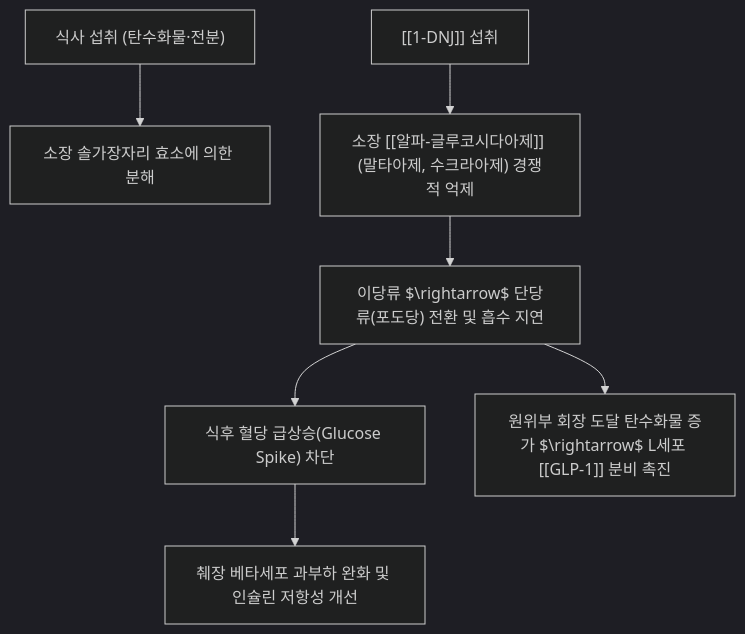
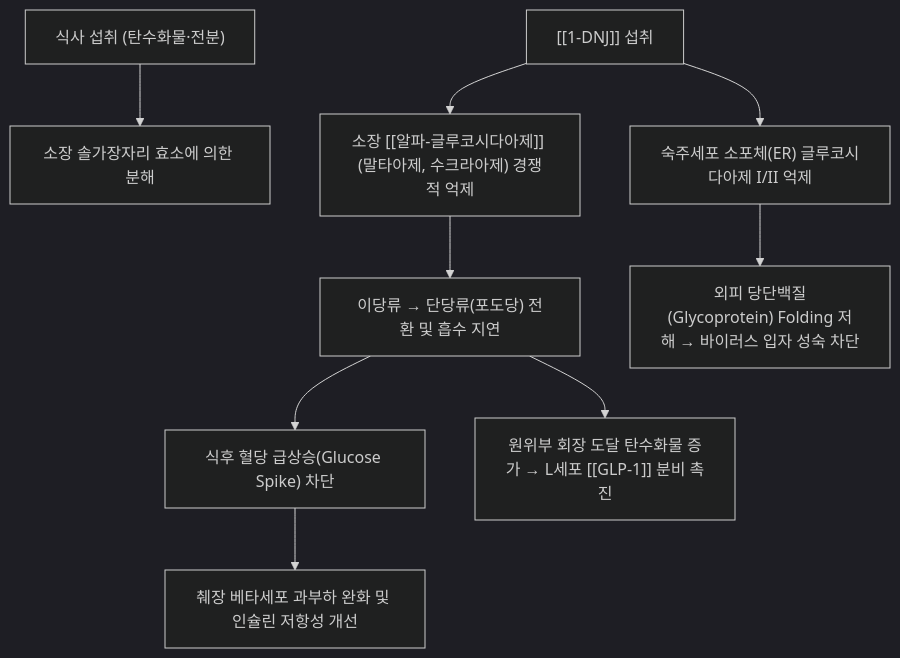
One commit to simbio11/simbio-digital-garden2 changed the diagram in content/2. 약리 공부/약리성분/1-DNJ.md. Above: the diagram before and after it, drawn with Mermaid (dark theme). The commit also changed other lines of this file and 463 other files, not shown here.

````diff
--- a/content/2. 약리 공부/약리성분/1-DNJ.md
+++ b/content/2. 약리 공부/약리성분/1-DNJ.md
@@ -33,11 +70,14 @@
 ```mermaid
 graph TD
     Meal["식사 섭취 (탄수화물·전분)"] --> Digestion["소장 솔가장자리 효소에 의한 분해"]
     DNJ["[[1-DNJ]] 섭취"] --> Block["소장 [[알파-글루코시다아제]] (말타아제, 수크라아제) 경쟁적 억제"]
-    
-    Block --> Delay["이당류 $\rightarrow$ 단당류(포도당) 전환 및 흡수 지연"]
+
+    Block --> Delay["이당류 → 단당류(포도당) 전환 및 흡수 지연"]
     Delay --> NormalGlucose["식후 혈당 급상승(Glucose Spike) 차단"]
-    Delay --> GLP1["원위부 회장 도달 탄수화물 증가 $\rightarrow$ L세포 [[GLP-1]] 분비 촉진"]
-    
+    Delay --> GLP1["원위부 회장 도달 탄수화물 증가 → L세포 [[GLP-1]] 분비 촉진"]
+
     NormalGlucose --> ProtectBeta["췌장 베타세포 과부하 완화 및 인슐린 저항성 개선"]
+
+    DNJ --> ER["숙주세포 소포체(ER) 글루코시다아제 I/II 억제"]
+    ER --> Viral["외피 당단백질(Glycoprotein) Folding 저해 → 바이러스 입자 성숙 차단"]
 ```
````
